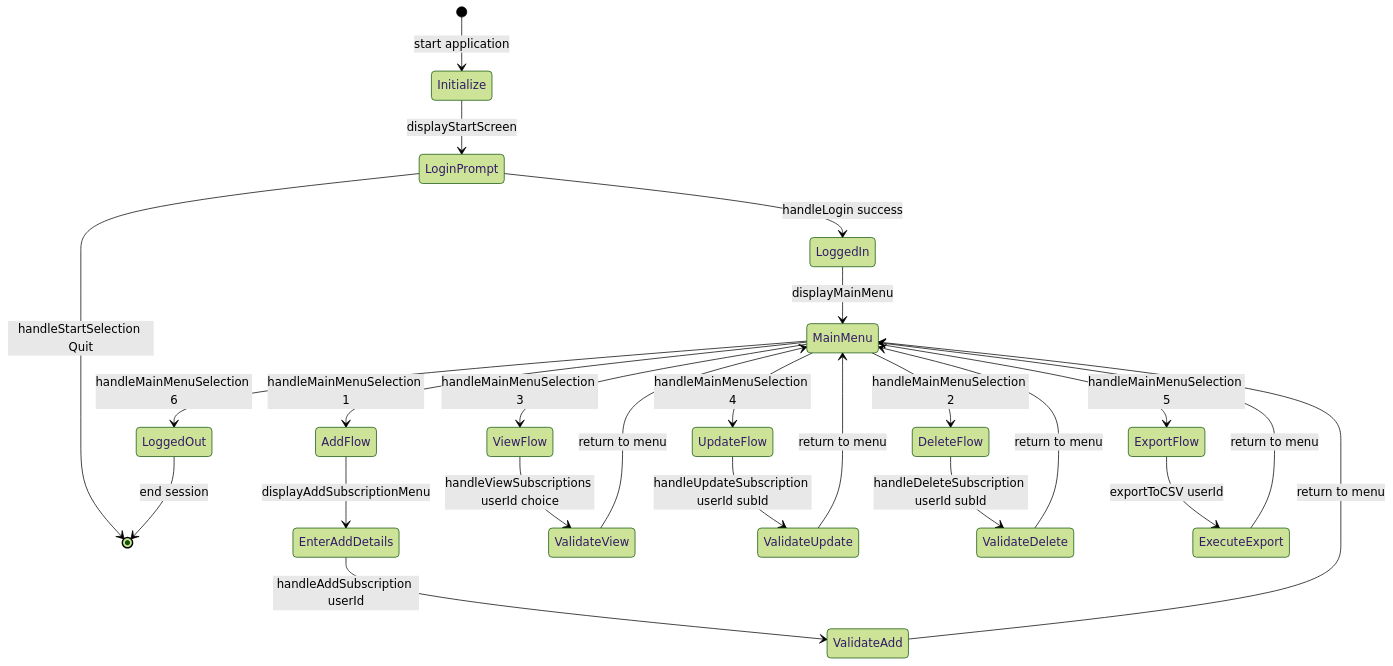
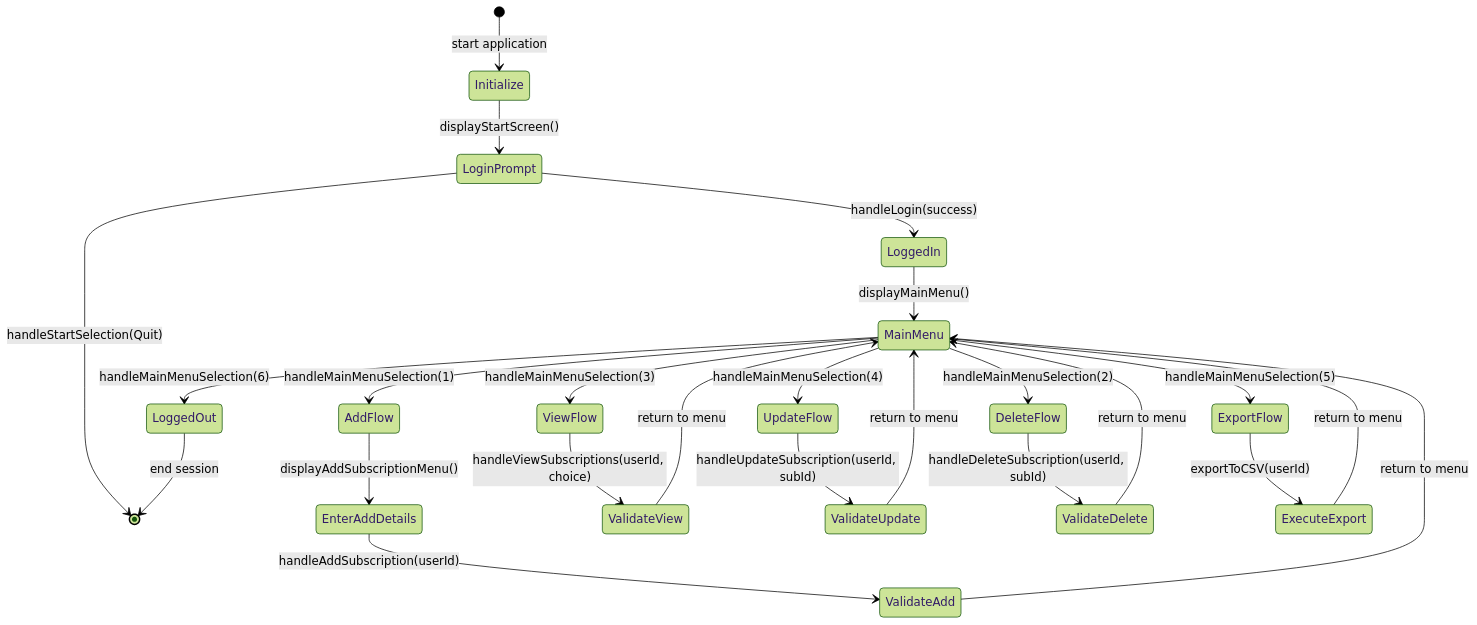
One commit to HashirOwais/NextPay-Subscription_Simplifed changed diagram 24 of 25 in TESTING.md. Above: the diagram before and after it, drawn with Mermaid (forest theme). The commit also changed other lines of this file, not shown here.

````diff
--- a/TESTING.md
+++ b/TESTING.md
@@ -437,32 +539,32 @@
 ```mermaid
 stateDiagram-v2
   [*] --> Initialize: start application
-  Initialize --> LoginPrompt: displayStartScreen
-  LoginPrompt --> LoggedIn: handleLogin success
-  LoginPrompt --> [*]: handleStartSelection Quit
-  LoggedIn --> MainMenu: displayMainMenu
+  Initialize --> LoginPrompt: displayStartScreen()
+  LoginPrompt --> LoggedIn: handleLogin(success)
+  LoginPrompt --> [*]: handleStartSelection(Quit)
+  LoggedIn --> MainMenu: displayMainMenu()
 
-  MainMenu --> AddFlow: handleMainMenuSelection 1
-  AddFlow --> EnterAddDetails: displayAddSubscriptionMenu
-  EnterAddDetails --> ValidateAdd: handleAddSubscription userId
+  MainMenu --> AddFlow: handleMainMenuSelection(1)
+  AddFlow --> EnterAddDetails: displayAddSubscriptionMenu()
+  EnterAddDetails --> ValidateAdd: handleAddSubscription(userId)
   ValidateAdd --> MainMenu: return to menu
 
-  MainMenu --> ViewFlow: handleMainMenuSelection 3
-  ViewFlow --> ValidateView: handleViewSubscriptions userId choice
+  MainMenu --> ViewFlow: handleMainMenuSelection(3)
+  ViewFlow --> ValidateView: handleViewSubscriptions(userId, choice)
   ValidateView --> MainMenu: return to menu
 
-  MainMenu --> UpdateFlow: handleMainMenuSelection 4
-  UpdateFlow --> ValidateUpdate: handleUpdateSubscription userId subId
+  MainMenu --> UpdateFlow: handleMainMenuSelection(4)
+  UpdateFlow --> ValidateUpdate: handleUpdateSubscription(userId, subId)
   ValidateUpdate --> MainMenu: return to menu
 
-  MainMenu --> DeleteFlow: handleMainMenuSelection 2
-  DeleteFlow --> ValidateDelete: handleDeleteSubscription userId subId
+  MainMenu --> DeleteFlow: handleMainMenuSelection(2)
+  DeleteFlow --> ValidateDelete: handleDeleteSubscription(userId, subId)
   ValidateDelete --> MainMenu: return to menu
 
-  MainMenu --> ExportFlow: handleMainMenuSelection 5
-  ExportFlow --> ExecuteExport: exportToCSV userId
+  MainMenu --> ExportFlow: handleMainMenuSelection(5)
+  ExportFlow --> ExecuteExport: exportToCSV(userId)
   ExecuteExport --> MainMenu: return to menu
 
-  MainMenu --> LoggedOut: handleMainMenuSelection 6
+  MainMenu --> LoggedOut: handleMainMenuSelection(6)
   LoggedOut --> [*]: end session
 ```
````
